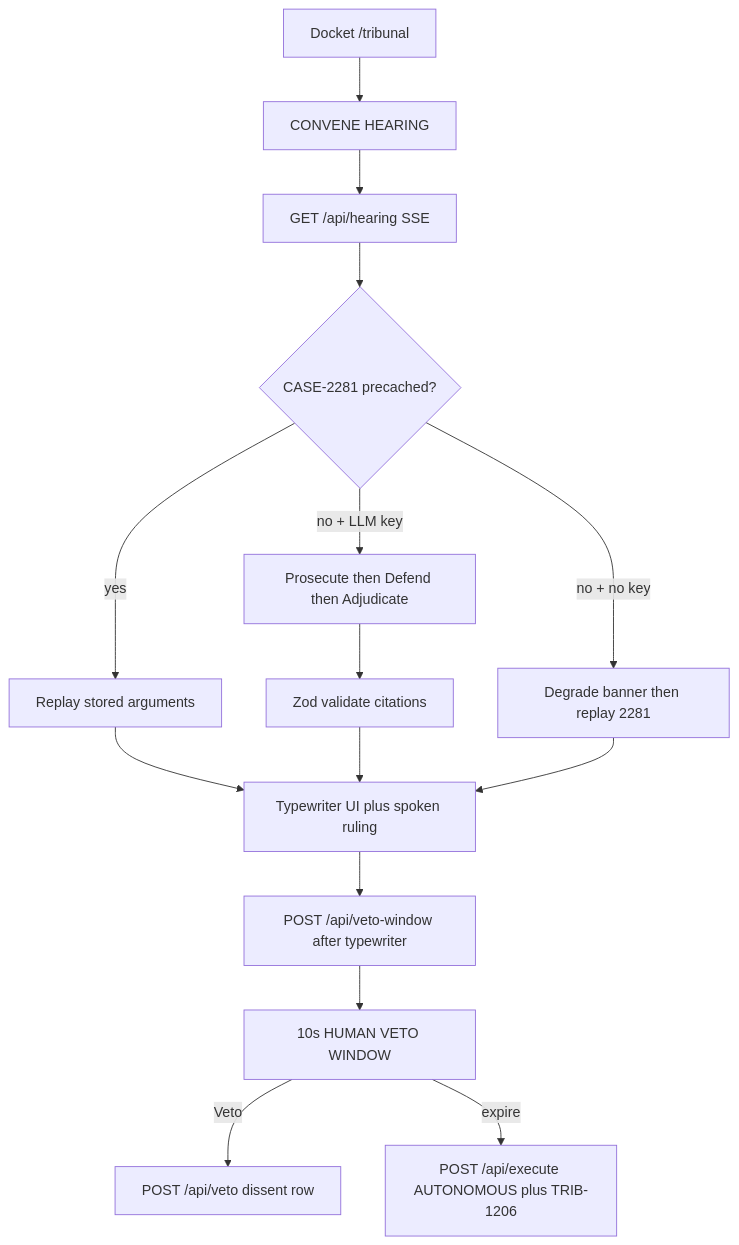
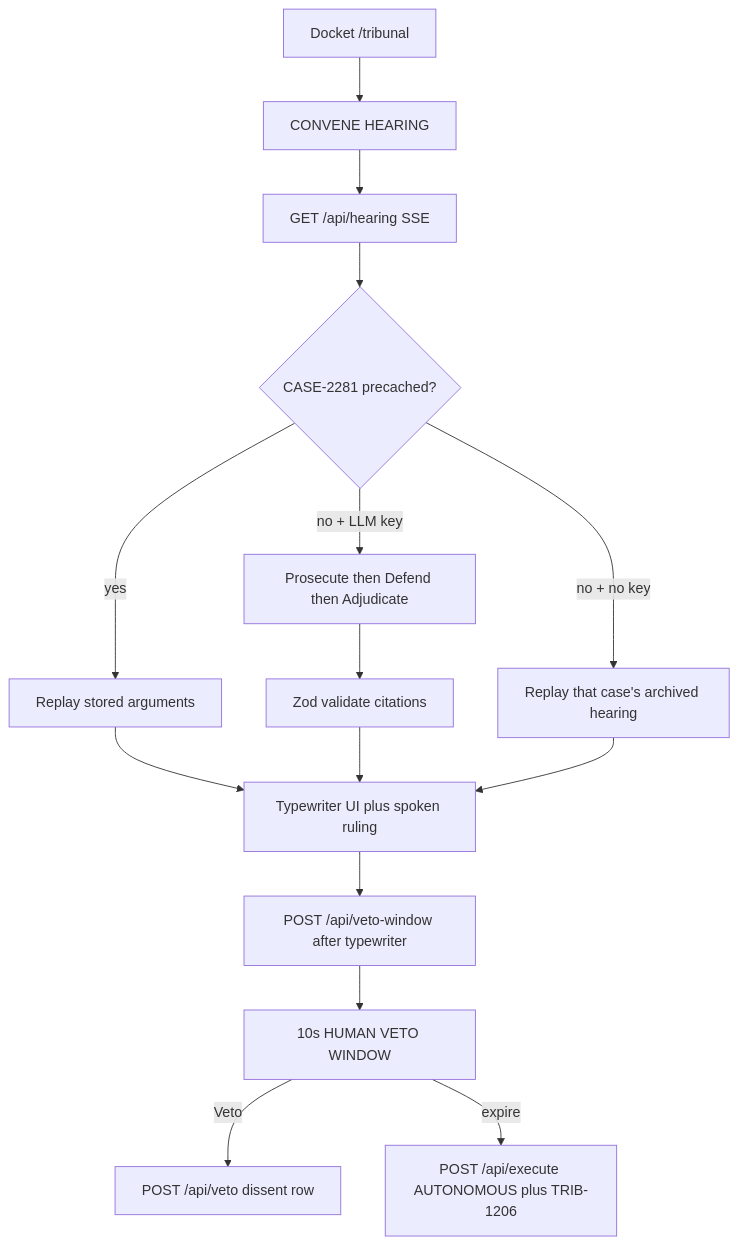
Before and after one commit to UjwalKandi/tribunal: the diagram in README.md, drawn with Mermaid. The commit also changed other lines of this file and 10 other files, not shown here.

````diff
--- a/README.md
+++ b/README.md
@@ -69,17 +116,17 @@
 ```mermaid
 flowchart TD
   docket["Docket /tribunal"] --> convene["CONVENE HEARING"]
   convene --> sse["GET /api/hearing SSE"]
   sse --> cache{"CASE-2281 precached?"}
   cache -->|yes| replay["Replay stored arguments"]
   cache -->|no + LLM key| live["Prosecute then Defend then Adjudicate"]
-  cache -->|no + no key| degrade["Degrade banner then replay 2281"]
+  cache -->|no + no key| degrade["Replay that case's archived hearing"]
   live --> zod["Zod validate citations"]
   replay --> stage["Typewriter UI plus spoken ruling"]
   zod --> stage
   degrade --> stage
   stage --> arm["POST /api/veto-window after typewriter"]
   arm --> timer["10s HUMAN VETO WINDOW"]
   timer -->|Veto| dissent["POST /api/veto dissent row"]
   timer -->|expire| exec["POST /api/execute AUTONOMOUS plus TRIB-1206"]
 ```
````
